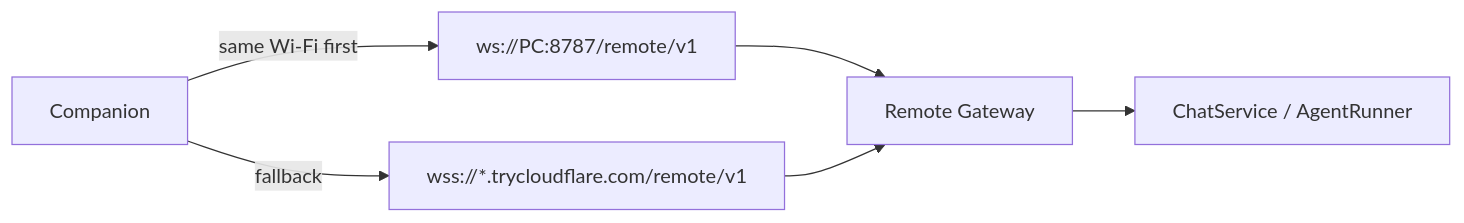
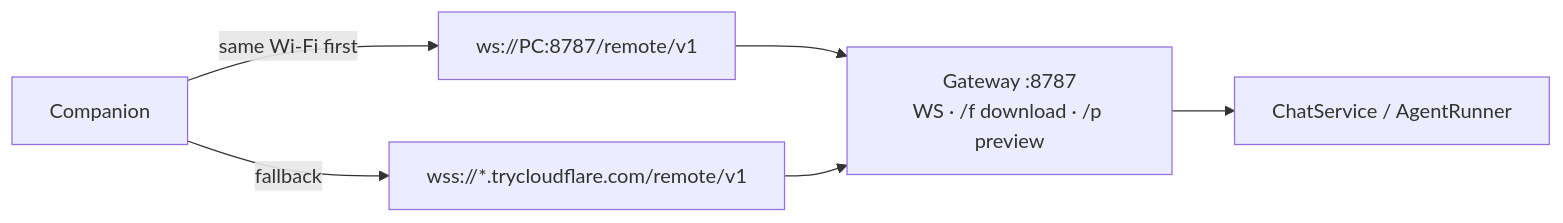
The first of 2 diagrams in README.md (rururunu/Anya), drawn with Mermaid before and after one commit. The commit also changed other lines of this file and 86 other files, not shown here.

````diff
--- a/README.md
+++ b/README.md
@@ -90,8 +92,8 @@
 ```mermaid
 flowchart LR
   Phone[Companion] -->|same Wi-Fi first| LAN["ws://PC:8787/remote/v1"]
   Phone -->|fallback| CF["wss://*.trycloudflare.com/remote/v1"]
-  LAN --> GW[Remote Gateway]
+  LAN --> GW["Gateway :8787<br/>WS · /f download · /p preview"]
   CF --> GW
   GW --> Agent[ChatService / AgentRunner]
 ```
````
